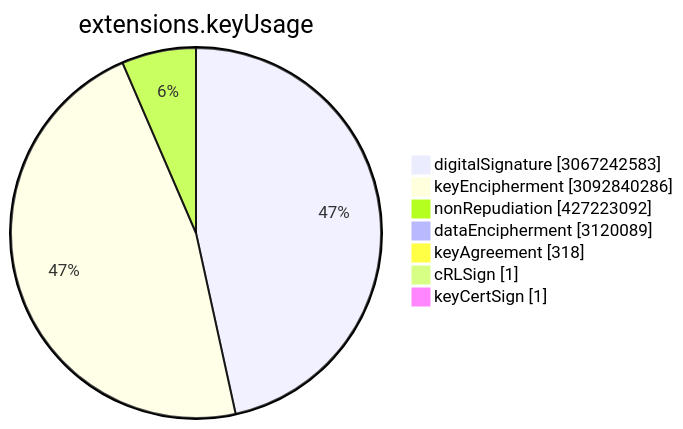
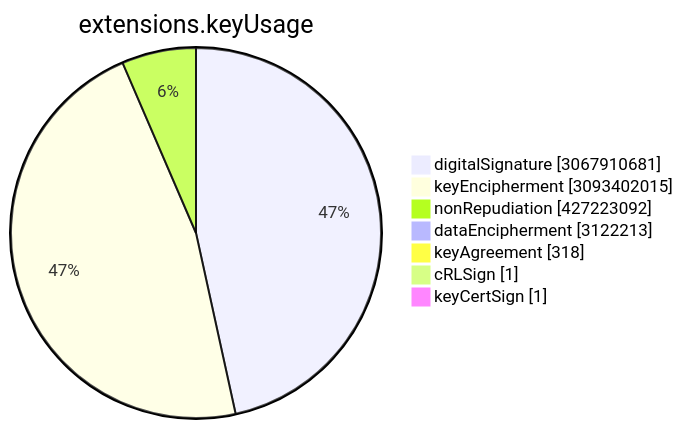
One commit to christiankrug/ctmonitor_visualization changed the sixth of 15 diagrams in TOTAL/README.md. Above: the diagram before and after it, drawn with Mermaid. The commit also changed other lines of this file, not shown here.

````diff
--- a/TOTAL/README.md
+++ b/TOTAL/README.md
@@ -3075,11 +3075,11 @@
 ```mermaid
 pie showData
 title extensions.keyUsage
-"digitalSignature" :3067242583
-"keyEncipherment" :3092840286
+"digitalSignature" :3067910681
+"keyEncipherment" :3093402015
 "nonRepudiation" :427223092
-"dataEncipherment" :3120089
+"dataEncipherment" :3122213
 "keyAgreement" :318
 "cRLSign" :1
 "keyCertSign" :1
 ```
````
